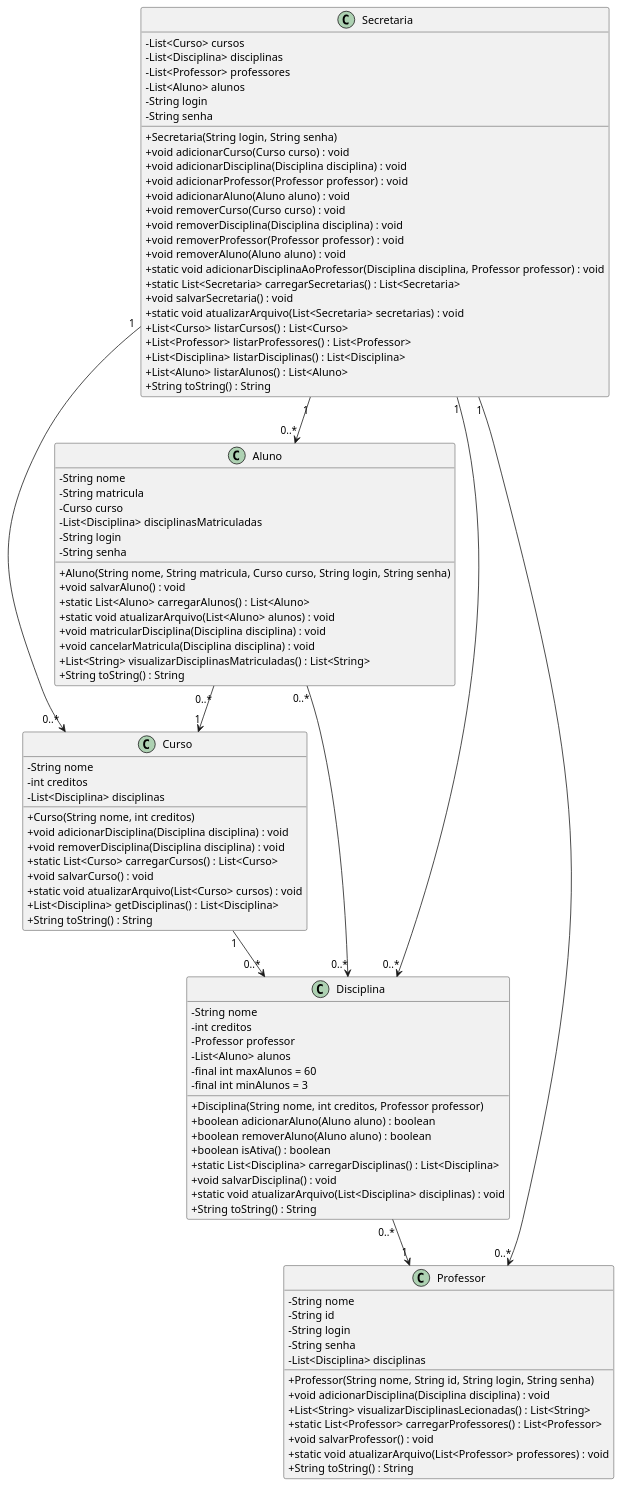
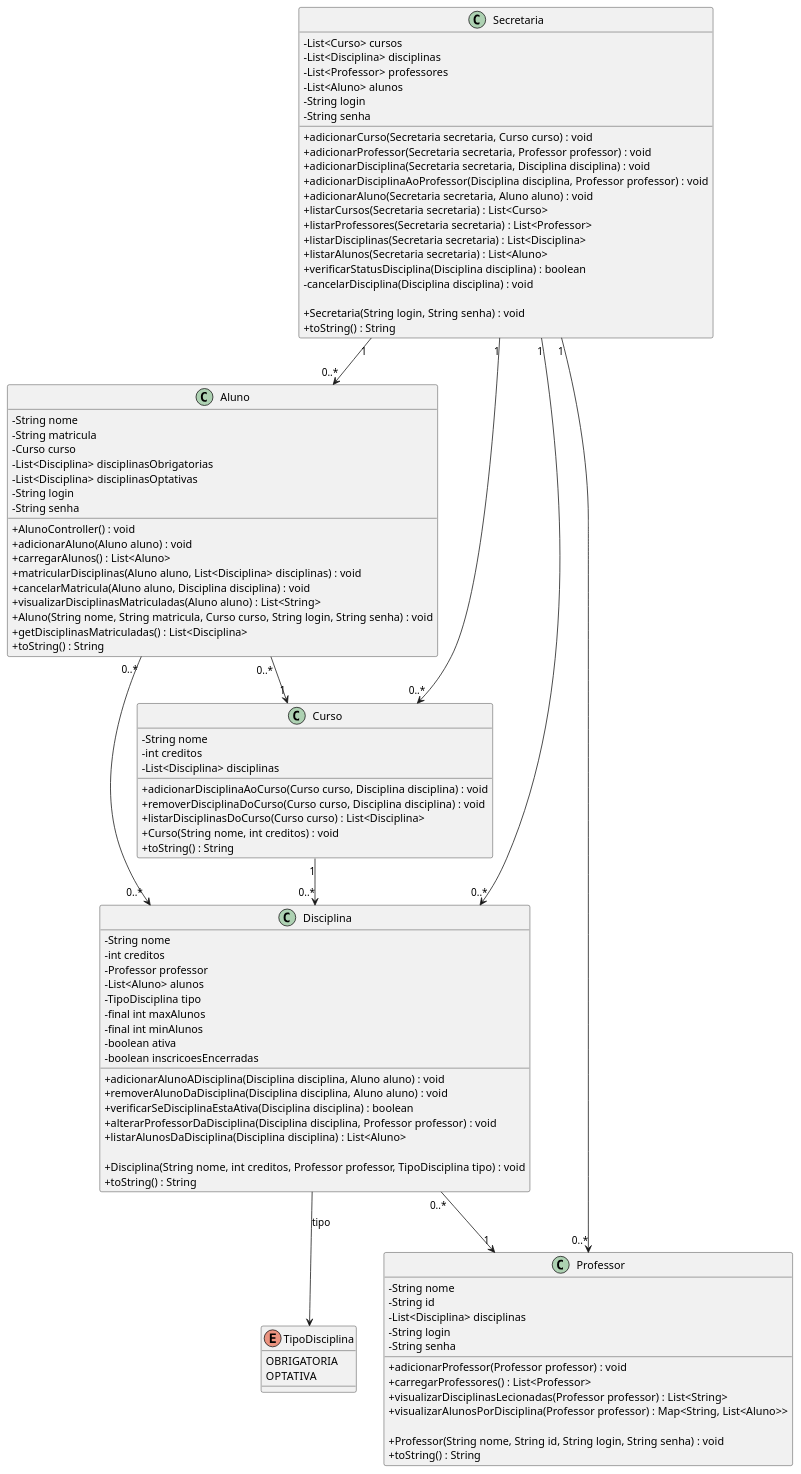
The diagram in implementacao/classDiagram.puml (JoaoRajao/Matricula-LPS), drawn with PlantUML before and after one commit.

Commit message:
add puml class

```diff
--- a/implementacao/classDiagram.puml
+++ b/implementacao/classDiagram.puml
@@ -1,106 +1,120 @@
 @startuml
 skinparam classAttributeIconSize 0
 
 class Aluno {
+    
     - String nome
     - String matricula
     - Curso curso
-    - List<Disciplina> disciplinasMatriculadas
+    - List<Disciplina> disciplinasObrigatorias
+    - List<Disciplina> disciplinasOptativas
     - String login
     - String senha
+    + AlunoController() : void
+    + adicionarAluno(Aluno aluno) : void
+    + carregarAlunos() : List<Aluno>
+    + matricularDisciplinas(Aluno aluno, List<Disciplina> disciplinas) : void
+    + cancelarMatricula(Aluno aluno, Disciplina disciplina) : void
+    + visualizarDisciplinasMatriculadas(Aluno aluno) : List<String>
 
-    + Aluno(String nome, String matricula, Curso curso, String login, String senha)
-    + void salvarAluno() : void
-    + static List<Aluno> carregarAlunos() : List<Aluno>
-    + static void atualizarArquivo(List<Aluno> alunos) : void
-    + void matricularDisciplina(Disciplina disciplina) : void
-    + void cancelarMatricula(Disciplina disciplina) : void
-    + List<String> visualizarDisciplinasMatriculadas() : List<String>
-    + String toString() : String
+    
+    + Aluno(String nome, String matricula, Curso curso, String login, String senha) : void
+    + getDisciplinasMatriculadas() : List<Disciplina>
+    + toString() : String
 }
 
+
+
 class Curso {
+    
     - String nome
     - int creditos
     - List<Disciplina> disciplinas
 
-    + Curso(String nome, int creditos)
-    + void adicionarDisciplina(Disciplina disciplina) : void
-    + void removerDisciplina(Disciplina disciplina) : void
-    + static List<Curso> carregarCursos() : List<Curso>
-    + void salvarCurso() : void
-    + static void atualizarArquivo(List<Curso> cursos) : void
-    + List<Disciplina> getDisciplinas() : List<Disciplina>
-    + String toString() : String
+    
+    + adicionarDisciplinaAoCurso(Curso curso, Disciplina disciplina) : void
+    + removerDisciplinaDoCurso(Curso curso, Disciplina disciplina) : void
+    + listarDisciplinasDoCurso(Curso curso) : List<Disciplina>
+
+    
+    + Curso(String nome, int creditos) : void
+    + toString() : String
 }
 
 class Disciplina {
     - String nome
     - int creditos
     - Professor professor
     - List<Aluno> alunos
-    - final int maxAlunos = 60
-    - final int minAlunos = 3
+    - TipoDisciplina tipo
+    - final int maxAlunos
+    - final int minAlunos
+    - boolean ativa
+    - boolean inscricoesEncerradas
 
-    + Disciplina(String nome, int creditos, Professor professor)
-    + boolean adicionarAluno(Aluno aluno) : boolean
-    + boolean removerAluno(Aluno aluno) : boolean
-    + boolean isAtiva() : boolean
-    + static List<Disciplina> carregarDisciplinas() : List<Disciplina>
-    + void salvarDisciplina() : void
-    + static void atualizarArquivo(List<Disciplina> disciplinas) : void
-    + String toString() : String
+    + adicionarAlunoADisciplina(Disciplina disciplina, Aluno aluno) : void
+    + removerAlunoDaDisciplina(Disciplina disciplina, Aluno aluno) : void
+    + verificarSeDisciplinaEstaAtiva(Disciplina disciplina) : boolean
+    + alterarProfessorDaDisciplina(Disciplina disciplina, Professor professor) : void
+    + listarAlunosDaDisciplina(Disciplina disciplina) : List<Aluno>
+
+    + Disciplina(String nome, int creditos, Professor professor, TipoDisciplina tipo) : void
+    + toString() : String
 }
 
 class Professor {
     - String nome
     - String id
+    - List<Disciplina> disciplinas
     - String login
     - String senha
-    - List<Disciplina> disciplinas
 
-    + Professor(String nome, String id, String login, String senha)
-    + void adicionarDisciplina(Disciplina disciplina) : void
-    + List<String> visualizarDisciplinasLecionadas() : List<String>
-    + static List<Professor> carregarProfessores() : List<Professor>
-    + void salvarProfessor() : void
-    + static void atualizarArquivo(List<Professor> professores) : void
-    + String toString() : String
+    + adicionarProfessor(Professor professor) : void
+    + carregarProfessores() : List<Professor>
+    + visualizarDisciplinasLecionadas(Professor professor) : List<String>
+    + visualizarAlunosPorDisciplina(Professor professor) : Map<String, List<Aluno>>
+
+    + Professor(String nome, String id, String login, String senha) : void
+    + toString() : String
 }
 
 class Secretaria {
     - List<Curso> cursos
     - List<Disciplina> disciplinas
     - List<Professor> professores
     - List<Aluno> alunos
     - String login
     - String senha
 
-    + Secretaria(String login, String senha)
-    + void adicionarCurso(Curso curso) : void
-    + void adicionarDisciplina(Disciplina disciplina) : void
-    + void adicionarProfessor(Professor professor) : void
-    + void adicionarAluno(Aluno aluno) : void
-    + void removerCurso(Curso curso) : void
-    + void removerDisciplina(Disciplina disciplina) : void
-    + void removerProfessor(Professor professor) : void
-    + void removerAluno(Aluno aluno) : void
-    + static void adicionarDisciplinaAoProfessor(Disciplina disciplina, Professor professor) : void
-    + static List<Secretaria> carregarSecretarias() : List<Secretaria>
-    + void salvarSecretaria() : void
-    + static void atualizarArquivo(List<Secretaria> secretarias) : void
-    + List<Curso> listarCursos() : List<Curso>
-    + List<Professor> listarProfessores() : List<Professor>
-    + List<Disciplina> listarDisciplinas() : List<Disciplina>
-    + List<Aluno> listarAlunos() : List<Aluno>
-    + String toString() : String
+    + adicionarCurso(Secretaria secretaria, Curso curso) : void
+    + adicionarProfessor(Secretaria secretaria, Professor professor) : void
+    + adicionarDisciplina(Secretaria secretaria, Disciplina disciplina) : void
+    + adicionarDisciplinaAoProfessor(Disciplina disciplina, Professor professor) : void
+    + adicionarAluno(Secretaria secretaria, Aluno aluno) : void
+    + listarCursos(Secretaria secretaria) : List<Curso>
+    + listarProfessores(Secretaria secretaria) : List<Professor>
+    + listarDisciplinas(Secretaria secretaria) : List<Disciplina>
+    + listarAlunos(Secretaria secretaria) : List<Aluno>
+    + verificarStatusDisciplina(Disciplina disciplina) : boolean
+    - cancelarDisciplina(Disciplina disciplina) : void
+
+    + Secretaria(String login, String senha) : void
+    + toString() : String
 }
+
+enum TipoDisciplina {
+    OBRIGATORIA
+    OPTATIVA
+}
+
+
 Aluno "0..*" --> "0..*" Disciplina
 Aluno "0..*" --> "1" Curso
 Disciplina "0..*" --> "1" Professor
 Curso "1" --> "0..*" Disciplina
 Secretaria "1" --> "0..*" Curso
 Secretaria "1" --> "0..*" Disciplina
 Secretaria "1" --> "0..*" Professor
 Secretaria "1" --> "0..*" Aluno
+Disciplina --> TipoDisciplina : tipo
 @enduml
```
